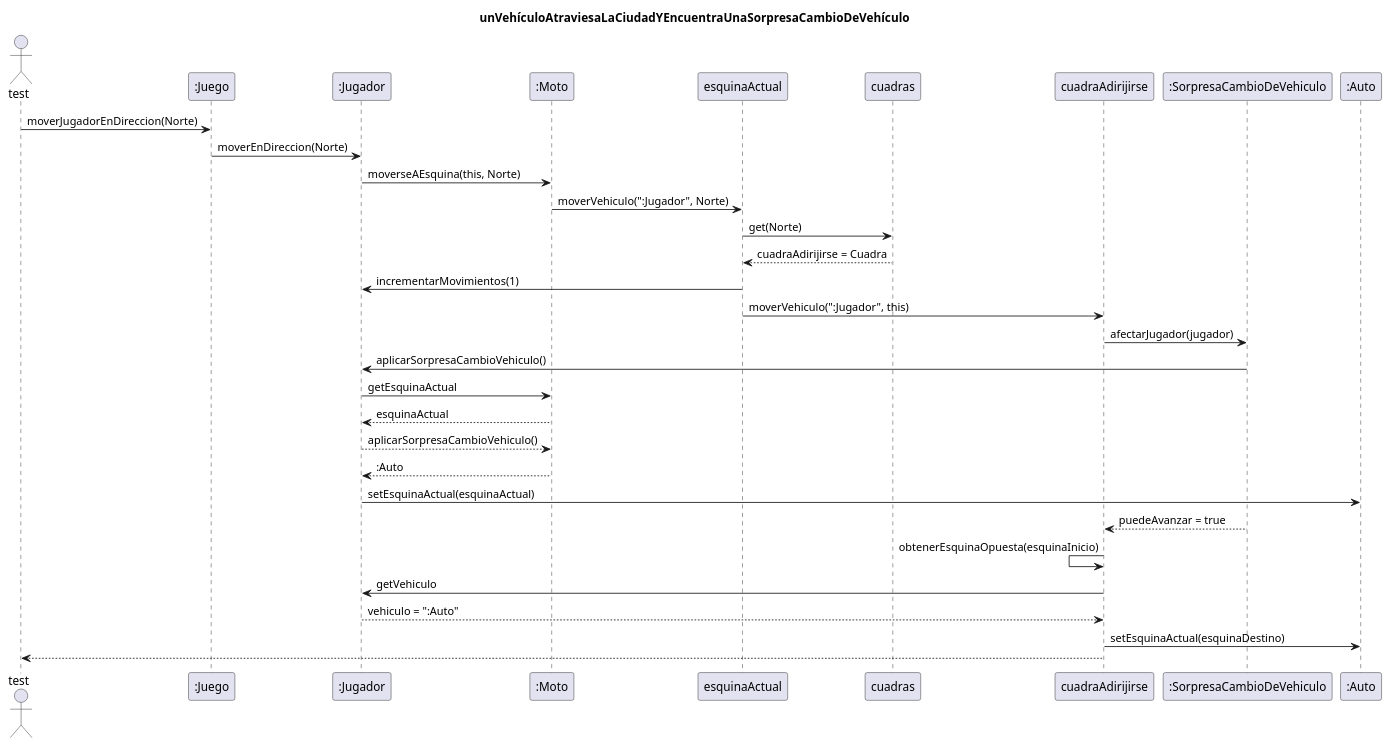
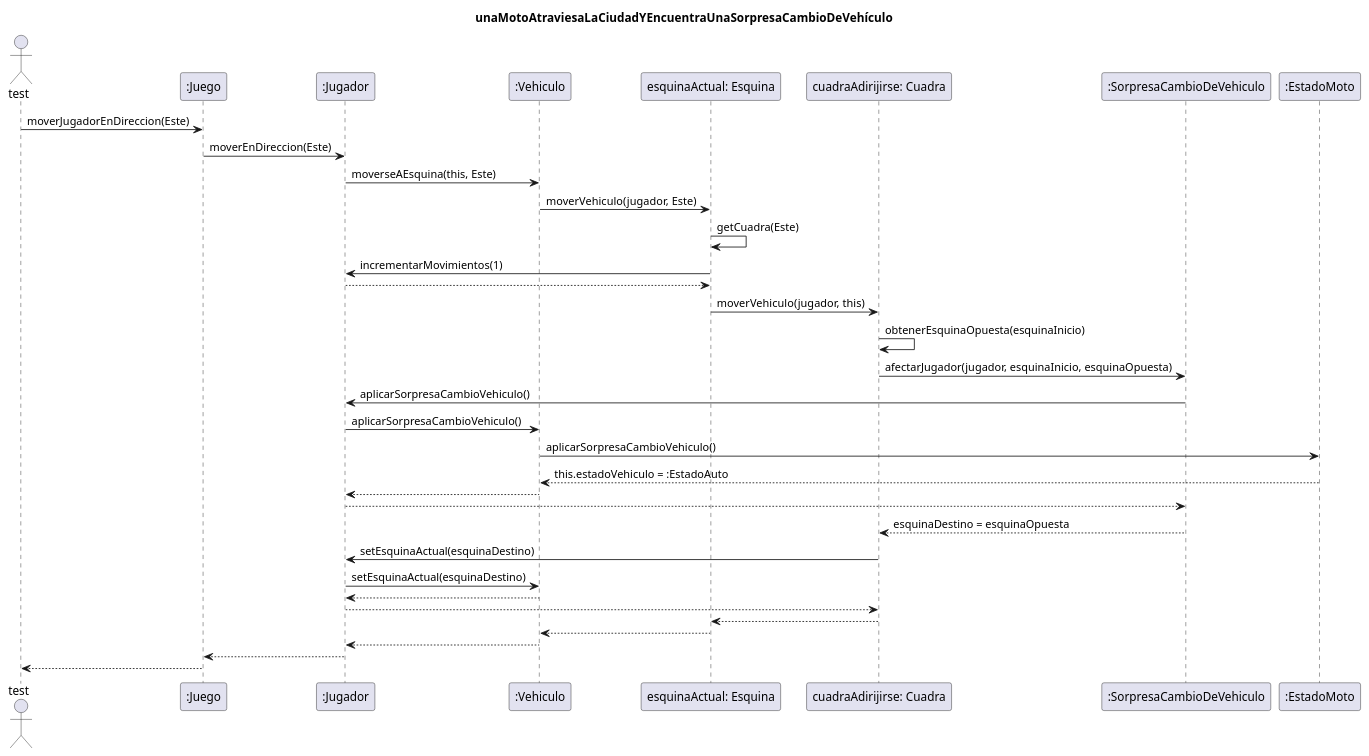
Before and after one commit to TP2Algo3FIUBA/tp2: the diagram in diagrams/sequences/entrega02/CasoDeUso04.plantuml, drawn with PlantUML. The commit also changed 5 other files, not shown here.

Commit message:
Actualizacion diagrama secuencia UML

```diff
--- a/diagrams/sequences/entrega02/CasoDeUso04.plantuml
+++ b/diagrams/sequences/entrega02/CasoDeUso04.plantuml
@@ -1,29 +1,36 @@
 @startuml
-title: unVehículoAtraviesaLaCiudadYEncuentraUnaSorpresaCambioDeVehículo
+title: unaMotoAtraviesaLaCiudadYEncuentraUnaSorpresaCambioDeVehículo
 
 Actor test
-test -> ":Juego"  : moverJugadorEnDireccion(Norte)
-":Juego" -> ":Jugador" : moverEnDireccion(Norte)
-":Jugador" -> ":Moto" : moverseAEsquina(this, Norte)
-":Moto" -> esquinaActual : moverVehiculo(":Jugador", Norte)
-esquinaActual -> cuadras : get(Norte)
-esquinaActual <-- cuadras : cuadraAdirijirse = Cuadra
-esquinaActual -> ":Jugador" : incrementarMovimientos(1)
-esquinaActual -> cuadraAdirijirse : moverVehiculo(":Jugador", this)
+test -> ":Juego" : moverJugadorEnDireccion(Este)
+":Juego" -> ":Jugador"  : moverEnDireccion(Este)
+":Jugador"  -> ":Vehiculo" : moverseAEsquina(this, Este)
+":Vehiculo" -> "esquinaActual: Esquina" : moverVehiculo(jugador, Este)
+"esquinaActual: Esquina" -> "esquinaActual: Esquina" : getCuadra(Este)
+"esquinaActual: Esquina" -> ":Jugador" : incrementarMovimientos(1)
+return
 
-cuadraAdirijirse -> ":SorpresaCambioDeVehiculo" : afectarJugador(jugador)
+"esquinaActual: Esquina" -> "cuadraAdirijirse: Cuadra" : moverVehiculo(jugador, this)
+"cuadraAdirijirse: Cuadra" -> "cuadraAdirijirse: Cuadra" : obtenerEsquinaOpuesta(esquinaInicio)
+"cuadraAdirijirse: Cuadra" -> ":SorpresaCambioDeVehiculo" : afectarJugador(jugador, esquinaInicio, esquinaOpuesta)
+
 ":SorpresaCambioDeVehiculo" -> ":Jugador" : aplicarSorpresaCambioVehiculo()
+":Jugador" -> ":Vehiculo" : aplicarSorpresaCambioVehiculo()
+":Vehiculo" -> ":EstadoMoto" :  aplicarSorpresaCambioVehiculo()
+":EstadoMoto" --> ":Vehiculo" : this.estadoVehiculo = :EstadoAuto
+":Vehiculo" --> ":Jugador"
+":Jugador" --> ":SorpresaCambioDeVehiculo"
 
-":Jugador" -> ":Moto" : getEsquinaActual
-":Jugador" <-- ":Moto" : esquinaActual
-":Jugador" --> ":Moto" : aplicarSorpresaCambioVehiculo()
-":Jugador" <-- ":Moto" : :Auto
-":Jugador" -> ":Auto" : setEsquinaActual(esquinaActual)
-cuadraAdirijirse <-- ":SorpresaCambioDeVehiculo" : puedeAvanzar = true
+":SorpresaCambioDeVehiculo" --> "cuadraAdirijirse: Cuadra" : esquinaDestino = esquinaOpuesta
+"cuadraAdirijirse: Cuadra" -> ":Jugador" : setEsquinaActual(esquinaDestino)
+":Jugador" -> ":Vehiculo" : setEsquinaActual(esquinaDestino)
 
-cuadraAdirijirse <- cuadraAdirijirse : obtenerEsquinaOpuesta(esquinaInicio)
-cuadraAdirijirse -> ":Jugador" : getVehiculo
-cuadraAdirijirse <-- ":Jugador" : vehiculo = ":Auto"
-cuadraAdirijirse -> ":Auto" : setEsquinaActual(esquinaDestino)
-test <-- cuadraAdirijirse
+return
+":Jugador" --> "cuadraAdirijirse: Cuadra"
+"cuadraAdirijirse: Cuadra" --> "esquinaActual: Esquina"
+"esquinaActual: Esquina" --> ":Vehiculo"
+":Vehiculo" --> ":Jugador"
+":Jugador" --> ":Juego"
+":Juego" --> test
+
 @enduml
```
